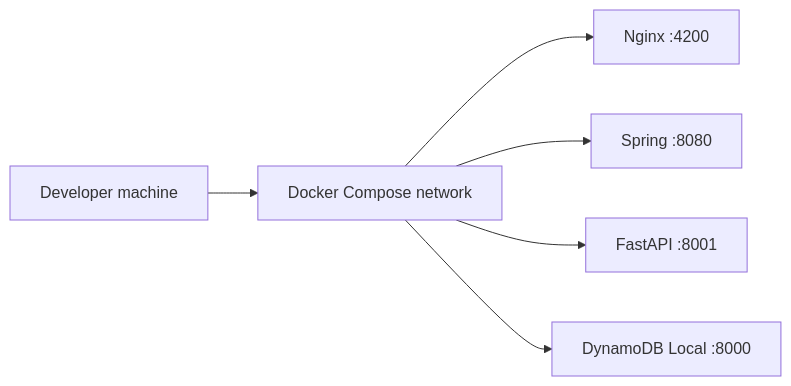
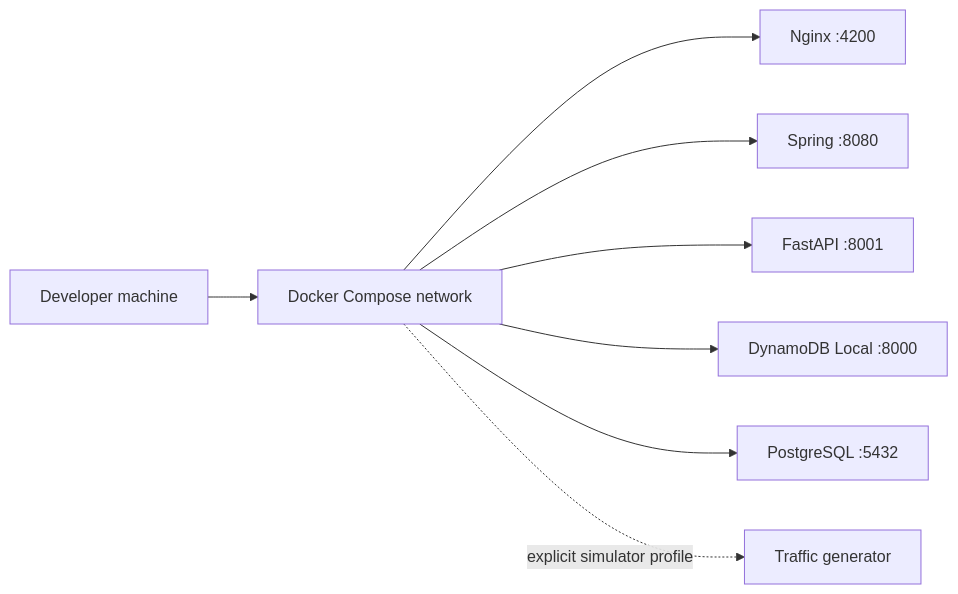
The sixth of 6 diagrams in docs/ARCHITECTURE.md (MrunaliVaidya98/trendify-ai-smart-retail-platform), drawn with Mermaid before and after one commit. The commit also changed other lines of this file and 33 other files, not shown here.

````diff
--- a/docs/ARCHITECTURE.md
+++ b/docs/ARCHITECTURE.md
@@ -191,8 +196,10 @@
 ```mermaid
 flowchart LR
   Host[Developer machine] --> DC[Docker Compose network]
   DC --> N[Nginx :4200]
   DC --> J[Spring :8080]
   DC --> P[FastAPI :8001]
   DC --> DL[DynamoDB Local :8000]
+  DC --> PG[PostgreSQL :5432]
+  DC -. explicit simulator profile .-> TG[Traffic generator]
 ```
````
